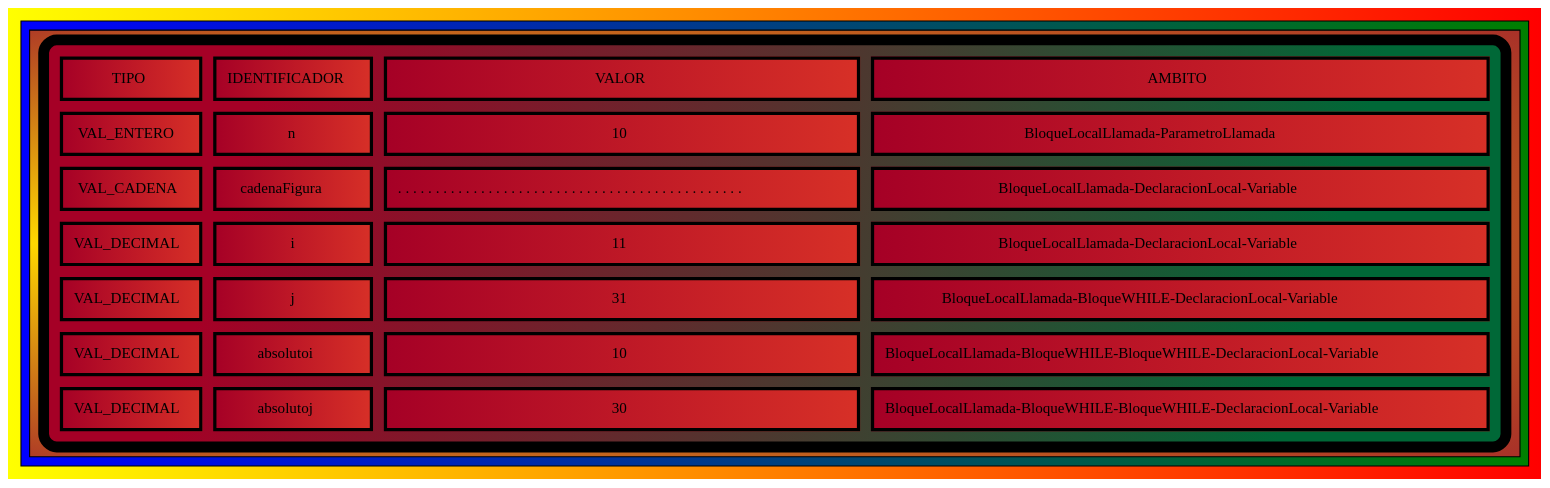
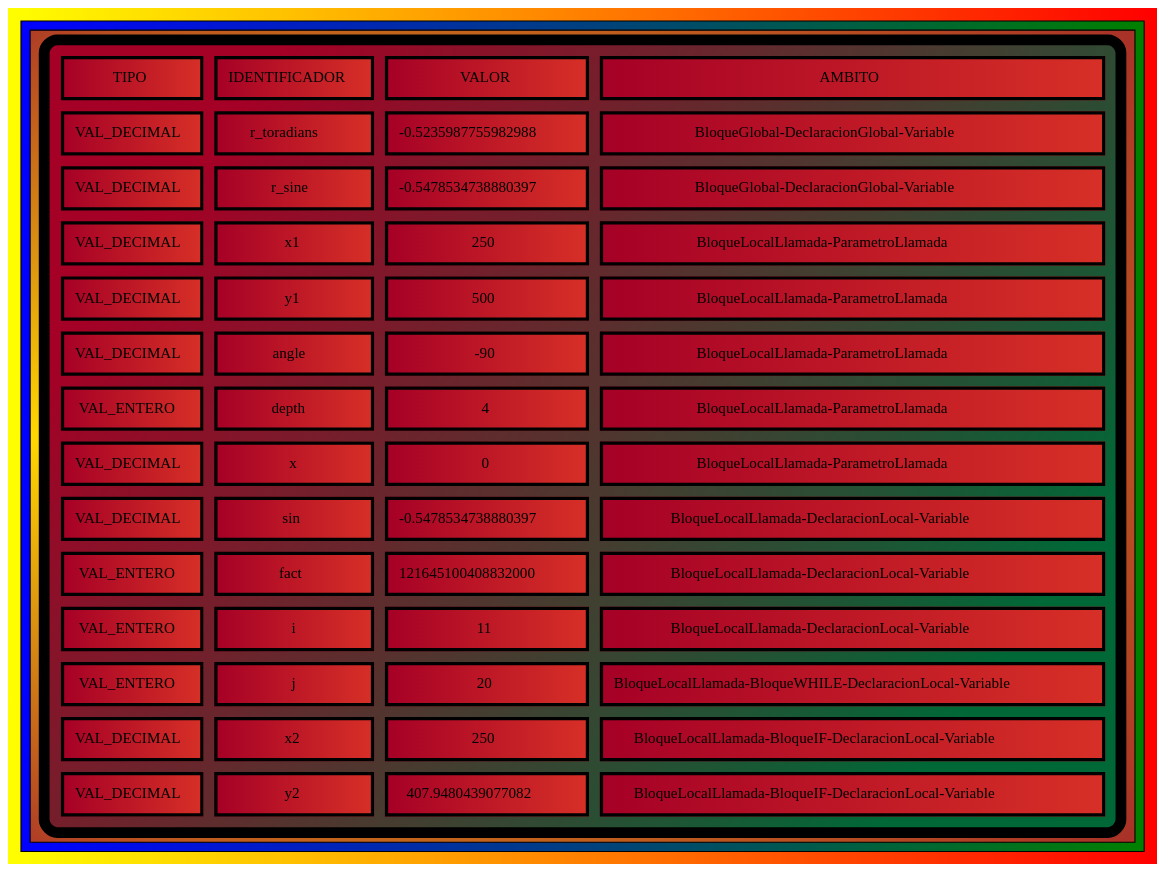
Before and after one commit to cocacore7/OLC1-Proyecto2-201908335: the diagram in backend/routes/arbol/TS.dot, drawn with Graphviz. The commit also changed 11 other files, not shown here.

```diff
--- a/backend/routes/arbol/TS.dot
+++ b/backend/routes/arbol/TS.dot
@@ -1,49 +1,91 @@
 digraph G { bgcolor="yellow:red"
 subgraph cluster1 {fillcolor="blue:green" style="filled"
 node [shape=record fillcolor="gold:brown" style="radial" gradientangle=180]
 a0 [label=<
 <TABLE border="10" cellspacing="10" cellpadding="10" style="rounded" bgcolor="/rdylgn11/1:/rdylgn11/11" gradientangle="315">
 <TR>
 <TD border="3"  bgcolor="/rdylgn11/1:/rdylgn11/2">TIPO</TD>
 <TD border="3"  bgcolor="/rdylgn11/1:/rdylgn11/2">IDENTIFICADOR</TD>
 <TD border="3"  bgcolor="/rdylgn11/1:/rdylgn11/2">VALOR</TD>
 <TD border="3"  bgcolor="/rdylgn11/1:/rdylgn11/2">AMBITO</TD>
 </TR>
 <TR>
-<TD border="3"  bgcolor="/rdylgn11/1:/rdylgn11/2">VAL_ENTERO</TD>
-<TD border="3"  bgcolor="/rdylgn11/1:/rdylgn11/2">n</TD>
-<TD border="3"  bgcolor="/rdylgn11/1:/rdylgn11/2">10</TD>
+<TD border="3"  bgcolor="/rdylgn11/1:/rdylgn11/2">VAL_DECIMAL</TD>
+<TD border="3"  bgcolor="/rdylgn11/1:/rdylgn11/2">r_toradians</TD>
+<TD border="3"  bgcolor="/rdylgn11/1:/rdylgn11/2">-0.5235987755982988</TD>
+<TD border="3"  bgcolor="/rdylgn11/1:/rdylgn11/2">BloqueGlobal-DeclaracionGlobal-Variable</TD>
+</TR>
+<TR>
+<TD border="3"  bgcolor="/rdylgn11/1:/rdylgn11/2">VAL_DECIMAL</TD>
+<TD border="3"  bgcolor="/rdylgn11/1:/rdylgn11/2">r_sine</TD>
+<TD border="3"  bgcolor="/rdylgn11/1:/rdylgn11/2">-0.5478534738880397</TD>
+<TD border="3"  bgcolor="/rdylgn11/1:/rdylgn11/2">BloqueGlobal-DeclaracionGlobal-Variable</TD>
+</TR>
+<TR>
+<TD border="3"  bgcolor="/rdylgn11/1:/rdylgn11/2">VAL_DECIMAL</TD>
+<TD border="3"  bgcolor="/rdylgn11/1:/rdylgn11/2">x1</TD>
+<TD border="3"  bgcolor="/rdylgn11/1:/rdylgn11/2">250</TD>
 <TD border="3"  bgcolor="/rdylgn11/1:/rdylgn11/2">BloqueLocalLlamada-ParametroLlamada</TD>
 </TR>
 <TR>
-<TD border="3"  bgcolor="/rdylgn11/1:/rdylgn11/2">VAL_CADENA</TD>
-<TD border="3"  bgcolor="/rdylgn11/1:/rdylgn11/2">cadenaFigura</TD>
-<TD border="3"  bgcolor="/rdylgn11/1:/rdylgn11/2">. . . . . . . . . . . . . . . . . . . . . . . . . . . . . . . . . . . . . . . . . . . . . . </TD>
+<TD border="3"  bgcolor="/rdylgn11/1:/rdylgn11/2">VAL_DECIMAL</TD>
+<TD border="3"  bgcolor="/rdylgn11/1:/rdylgn11/2">y1</TD>
+<TD border="3"  bgcolor="/rdylgn11/1:/rdylgn11/2">500</TD>
+<TD border="3"  bgcolor="/rdylgn11/1:/rdylgn11/2">BloqueLocalLlamada-ParametroLlamada</TD>
+</TR>
+<TR>
+<TD border="3"  bgcolor="/rdylgn11/1:/rdylgn11/2">VAL_DECIMAL</TD>
+<TD border="3"  bgcolor="/rdylgn11/1:/rdylgn11/2">angle</TD>
+<TD border="3"  bgcolor="/rdylgn11/1:/rdylgn11/2">-90</TD>
+<TD border="3"  bgcolor="/rdylgn11/1:/rdylgn11/2">BloqueLocalLlamada-ParametroLlamada</TD>
+</TR>
+<TR>
+<TD border="3"  bgcolor="/rdylgn11/1:/rdylgn11/2">VAL_ENTERO</TD>
+<TD border="3"  bgcolor="/rdylgn11/1:/rdylgn11/2">depth</TD>
+<TD border="3"  bgcolor="/rdylgn11/1:/rdylgn11/2">4</TD>
+<TD border="3"  bgcolor="/rdylgn11/1:/rdylgn11/2">BloqueLocalLlamada-ParametroLlamada</TD>
+</TR>
+<TR>
+<TD border="3"  bgcolor="/rdylgn11/1:/rdylgn11/2">VAL_DECIMAL</TD>
+<TD border="3"  bgcolor="/rdylgn11/1:/rdylgn11/2">x</TD>
+<TD border="3"  bgcolor="/rdylgn11/1:/rdylgn11/2">0</TD>
+<TD border="3"  bgcolor="/rdylgn11/1:/rdylgn11/2">BloqueLocalLlamada-ParametroLlamada</TD>
+</TR>
+<TR>
+<TD border="3"  bgcolor="/rdylgn11/1:/rdylgn11/2">VAL_DECIMAL</TD>
+<TD border="3"  bgcolor="/rdylgn11/1:/rdylgn11/2">sin</TD>
+<TD border="3"  bgcolor="/rdylgn11/1:/rdylgn11/2">-0.5478534738880397</TD>
 <TD border="3"  bgcolor="/rdylgn11/1:/rdylgn11/2">BloqueLocalLlamada-DeclaracionLocal-Variable</TD>
 </TR>
 <TR>
-<TD border="3"  bgcolor="/rdylgn11/1:/rdylgn11/2">VAL_DECIMAL</TD>
+<TD border="3"  bgcolor="/rdylgn11/1:/rdylgn11/2">VAL_ENTERO</TD>
+<TD border="3"  bgcolor="/rdylgn11/1:/rdylgn11/2">fact</TD>
+<TD border="3"  bgcolor="/rdylgn11/1:/rdylgn11/2">121645100408832000</TD>
+<TD border="3"  bgcolor="/rdylgn11/1:/rdylgn11/2">BloqueLocalLlamada-DeclaracionLocal-Variable</TD>
+</TR>
+<TR>
+<TD border="3"  bgcolor="/rdylgn11/1:/rdylgn11/2">VAL_ENTERO</TD>
 <TD border="3"  bgcolor="/rdylgn11/1:/rdylgn11/2">i</TD>
 <TD border="3"  bgcolor="/rdylgn11/1:/rdylgn11/2">11</TD>
 <TD border="3"  bgcolor="/rdylgn11/1:/rdylgn11/2">BloqueLocalLlamada-DeclaracionLocal-Variable</TD>
 </TR>
 <TR>
-<TD border="3"  bgcolor="/rdylgn11/1:/rdylgn11/2">VAL_DECIMAL</TD>
+<TD border="3"  bgcolor="/rdylgn11/1:/rdylgn11/2">VAL_ENTERO</TD>
 <TD border="3"  bgcolor="/rdylgn11/1:/rdylgn11/2">j</TD>
-<TD border="3"  bgcolor="/rdylgn11/1:/rdylgn11/2">31</TD>
+<TD border="3"  bgcolor="/rdylgn11/1:/rdylgn11/2">20</TD>
 <TD border="3"  bgcolor="/rdylgn11/1:/rdylgn11/2">BloqueLocalLlamada-BloqueWHILE-DeclaracionLocal-Variable</TD>
 </TR>
 <TR>
 <TD border="3"  bgcolor="/rdylgn11/1:/rdylgn11/2">VAL_DECIMAL</TD>
-<TD border="3"  bgcolor="/rdylgn11/1:/rdylgn11/2">absolutoi</TD>
-<TD border="3"  bgcolor="/rdylgn11/1:/rdylgn11/2">10</TD>
-<TD border="3"  bgcolor="/rdylgn11/1:/rdylgn11/2">BloqueLocalLlamada-BloqueWHILE-BloqueWHILE-DeclaracionLocal-Variable</TD>
+<TD border="3"  bgcolor="/rdylgn11/1:/rdylgn11/2">x2</TD>
+<TD border="3"  bgcolor="/rdylgn11/1:/rdylgn11/2">250</TD>
+<TD border="3"  bgcolor="/rdylgn11/1:/rdylgn11/2">BloqueLocalLlamada-BloqueIF-DeclaracionLocal-Variable</TD>
 </TR>
 <TR>
 <TD border="3"  bgcolor="/rdylgn11/1:/rdylgn11/2">VAL_DECIMAL</TD>
-<TD border="3"  bgcolor="/rdylgn11/1:/rdylgn11/2">absolutoj</TD>
-<TD border="3"  bgcolor="/rdylgn11/1:/rdylgn11/2">30</TD>
-<TD border="3"  bgcolor="/rdylgn11/1:/rdylgn11/2">BloqueLocalLlamada-BloqueWHILE-BloqueWHILE-DeclaracionLocal-Variable</TD>
+<TD border="3"  bgcolor="/rdylgn11/1:/rdylgn11/2">y2</TD>
+<TD border="3"  bgcolor="/rdylgn11/1:/rdylgn11/2">407.9480439077082</TD>
+<TD border="3"  bgcolor="/rdylgn11/1:/rdylgn11/2">BloqueLocalLlamada-BloqueIF-DeclaracionLocal-Variable</TD>
 </TR>
 </TABLE>>];
 }}
```
